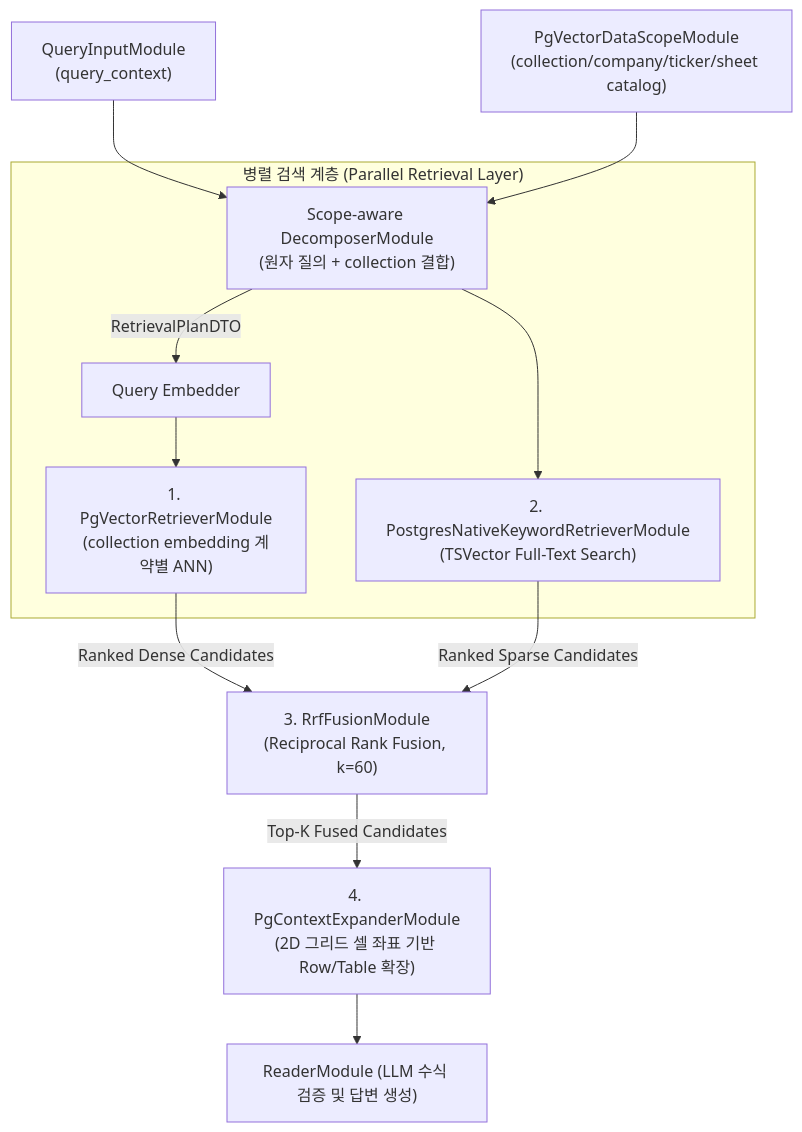
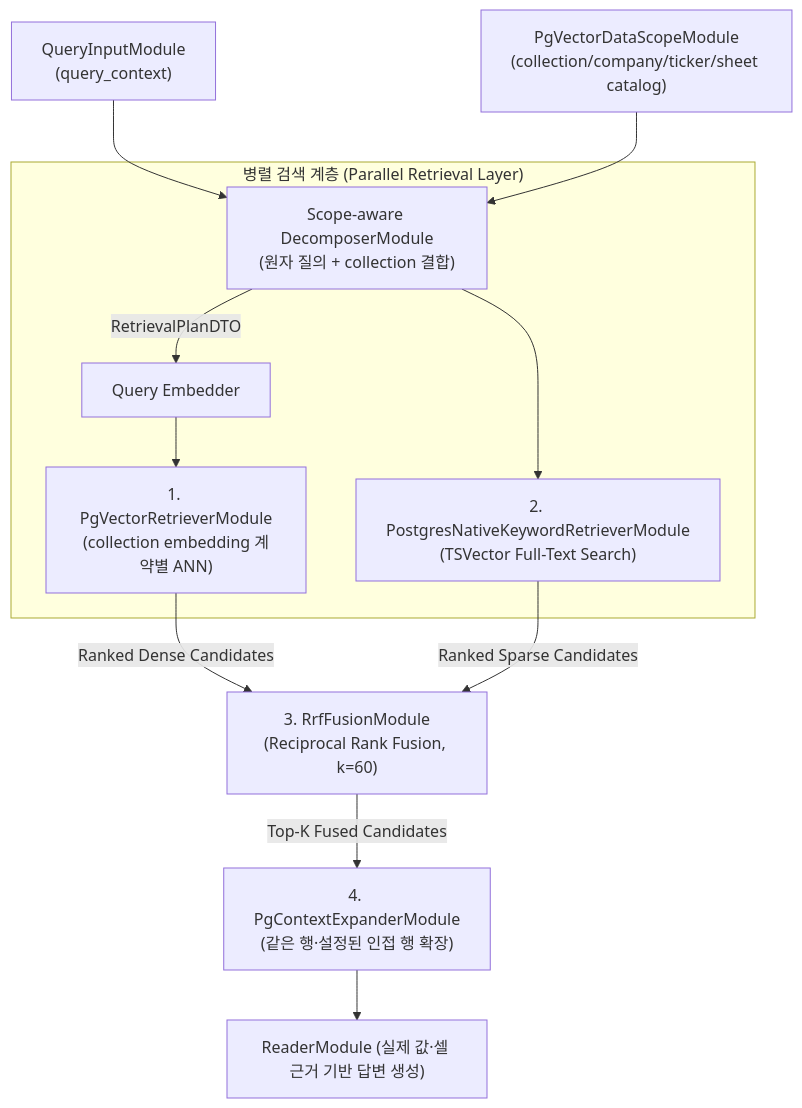
One commit to bist-mini-final/bist-mini-final changed the first of 2 diagrams in docs/blueprints/03_pipeline_module_blueprints/BP-303_hybrid_retrieval_and_fusion.md. Above: the diagram before and after it, drawn with Mermaid. The commit also changed other lines of this file and 9 other files, not shown here.

````diff
--- a/docs/blueprints/03_pipeline_module_blueprints/BP-303_hybrid_retrieval_and_fusion.md
+++ b/docs/blueprints/03_pipeline_module_blueprints/BP-303_hybrid_retrieval_and_fusion.md
@@ -14,17 +14,17 @@
 ```mermaid
 flowchart TD
     QUERY["QueryInputModule<br>(query_context)"] --> DECOMPOSE["Scope-aware DecomposerModule<br>(원자 질의 + collection 결합)"]
     CATALOG["PgVectorDataScopeModule<br>(collection/company/ticker/sheet catalog)"] --> DECOMPOSE
     DECOMPOSE -->|RetrievalPlanDTO| EMBED["Query Embedder"]
 
     subgraph ParallelRetrieval ["병렬 검색 계층 (Parallel Retrieval Layer)"]
         EMBED --> DENSE["1. PgVectorRetrieverModule<br>(collection embedding 계약별 ANN)"]
         DECOMPOSE --> SPARSE["2. PostgresNativeKeywordRetrieverModule<br>(TSVector Full-Text Search)"]
     end
 
     DENSE -->|Ranked Dense Candidates| RRF["3. RrfFusionModule<br>(Reciprocal Rank Fusion, k=60)"]
     SPARSE -->|Ranked Sparse Candidates| RRF
 
-    RRF -->|Top-K Fused Candidates| EXPAND["4. PgContextExpanderModule<br>(2D 그리드 셀 좌표 기반 Row/Table 확장)"]
-    EXPAND --> READER["ReaderModule (LLM 수식 검증 및 답변 생성)"]
+    RRF -->|Top-K Fused Candidates| EXPAND["4. PgContextExpanderModule<br>(같은 행·설정된 인접 행 확장)"]
+    EXPAND --> READER["ReaderModule (실제 값·셀 근거 기반 답변 생성)"]
 ```
````
